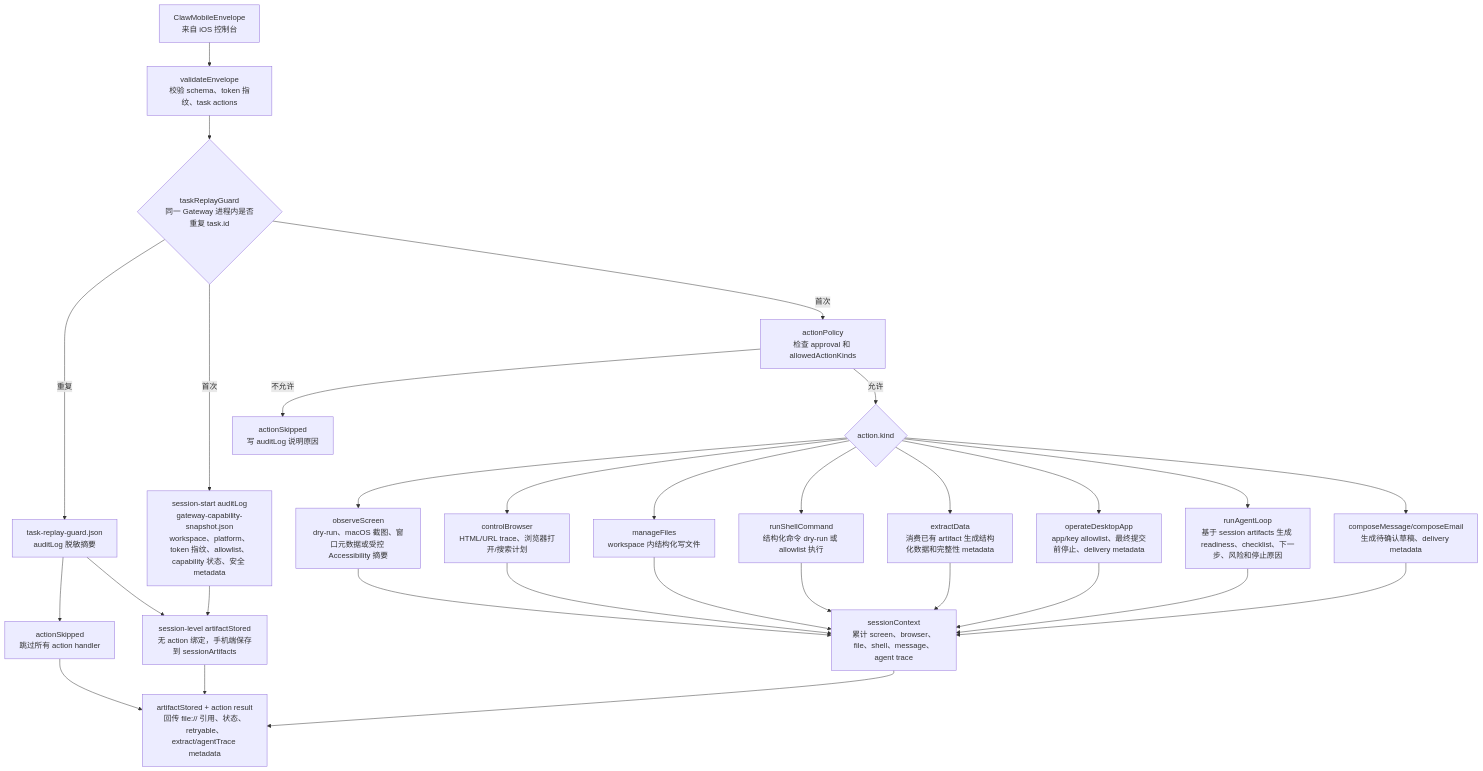
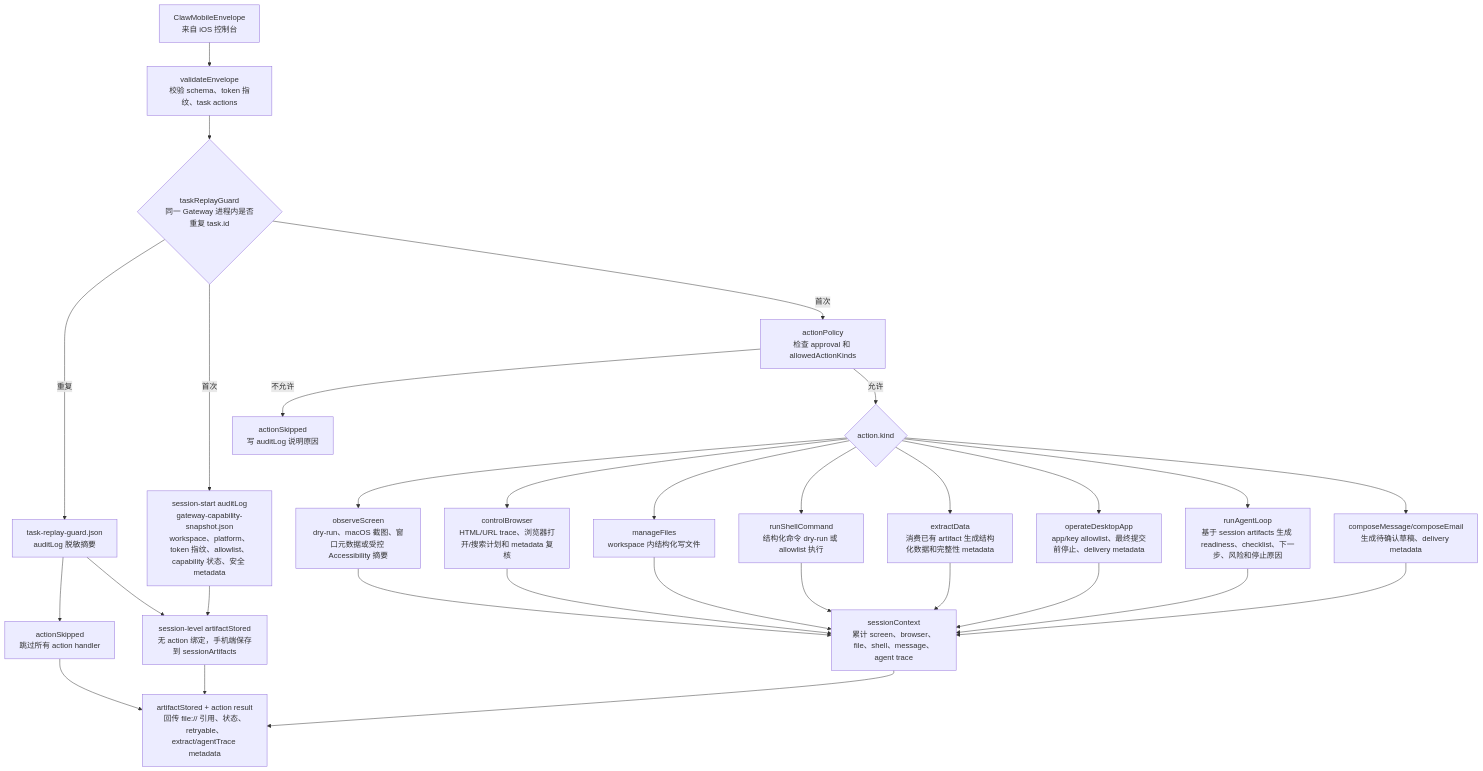
One commit to Altman-sam114/115 changed the second of 3 diagrams in md/flow/flowchart.md. Above: the diagram before and after it, drawn with Mermaid. The commit also changed other lines of this file and 15 other files, not shown here.

````diff
--- a/md/flow/flowchart.md
+++ b/md/flow/flowchart.md
@@ -70,32 +70,32 @@
 ```mermaid
 flowchart TD
   ENV["ClawMobileEnvelope<br/>来自 iOS 控制台"] --> VAL["validateEnvelope<br/>校验 schema、token 指纹、task actions"]
   VAL --> REPLAY{"taskReplayGuard<br/>同一 Gateway 进程内是否重复 task.id"}
   REPLAY -->|"重复"| RG["task-replay-guard.json<br/>auditLog 脱敏摘要"]
   RG --> RGS["actionSkipped<br/>跳过所有 action handler"]
   RG --> SOUT
   RGS --> OUT
   REPLAY -->|"首次"| SNAP["session-start auditLog<br/>gateway-capability-snapshot.json<br/>workspace、platform、token 指纹、allowlist、capability 状态、安全 metadata"]
   REPLAY -->|"首次"| POL["actionPolicy<br/>检查 approval 和 allowedActionKinds"]
   POL -->|不允许| SKIP["actionSkipped<br/>写 auditLog 说明原因"]
   POL -->|允许| KIND{"action.kind"}
   KIND --> OBS["observeScreen<br/>dry-run、macOS 截图、窗口元数据或受控 Accessibility 摘要"]
-  KIND --> BRO["controlBrowser<br/>HTML/URL trace、浏览器打开/搜索计划"]
+  KIND --> BRO["controlBrowser<br/>HTML/URL trace、浏览器打开/搜索计划和 metadata 复核"]
   KIND --> FILE["manageFiles<br/>workspace 内结构化写文件"]
   KIND --> SH["runShellCommand<br/>结构化命令 dry-run 或 allowlist 执行"]
   KIND --> EXT["extractData<br/>消费已有 artifact 生成结构化数据和完整性 metadata"]
   KIND --> APP["operateDesktopApp<br/>app/key allowlist、最终提交前停止、delivery metadata"]
   KIND --> AG["runAgentLoop<br/>基于 session artifacts 生成 readiness、checklist、下一步、风险和停止原因"]
   KIND --> MSG["composeMessage/composeEmail<br/>生成待确认草稿、delivery metadata"]
   OBS --> CTX["sessionContext<br/>累计 screen、browser、file、shell、message、agent trace"]
   BRO --> CTX
   FILE --> CTX
   SH --> CTX
   EXT --> CTX
   APP --> CTX
   AG --> CTX
   MSG --> CTX
   SNAP --> SOUT["session-level artifactStored<br/>无 action 绑定，手机端保存到 sessionArtifacts"]
   CTX --> OUT["artifactStored + action result<br/>回传 file:// 引用、状态、retryable、extract/agentTrace metadata"]
   SOUT --> OUT
 ```
````
